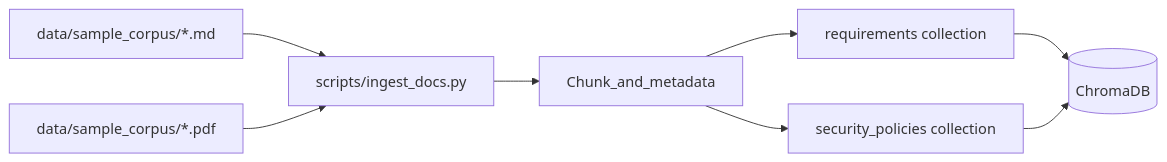
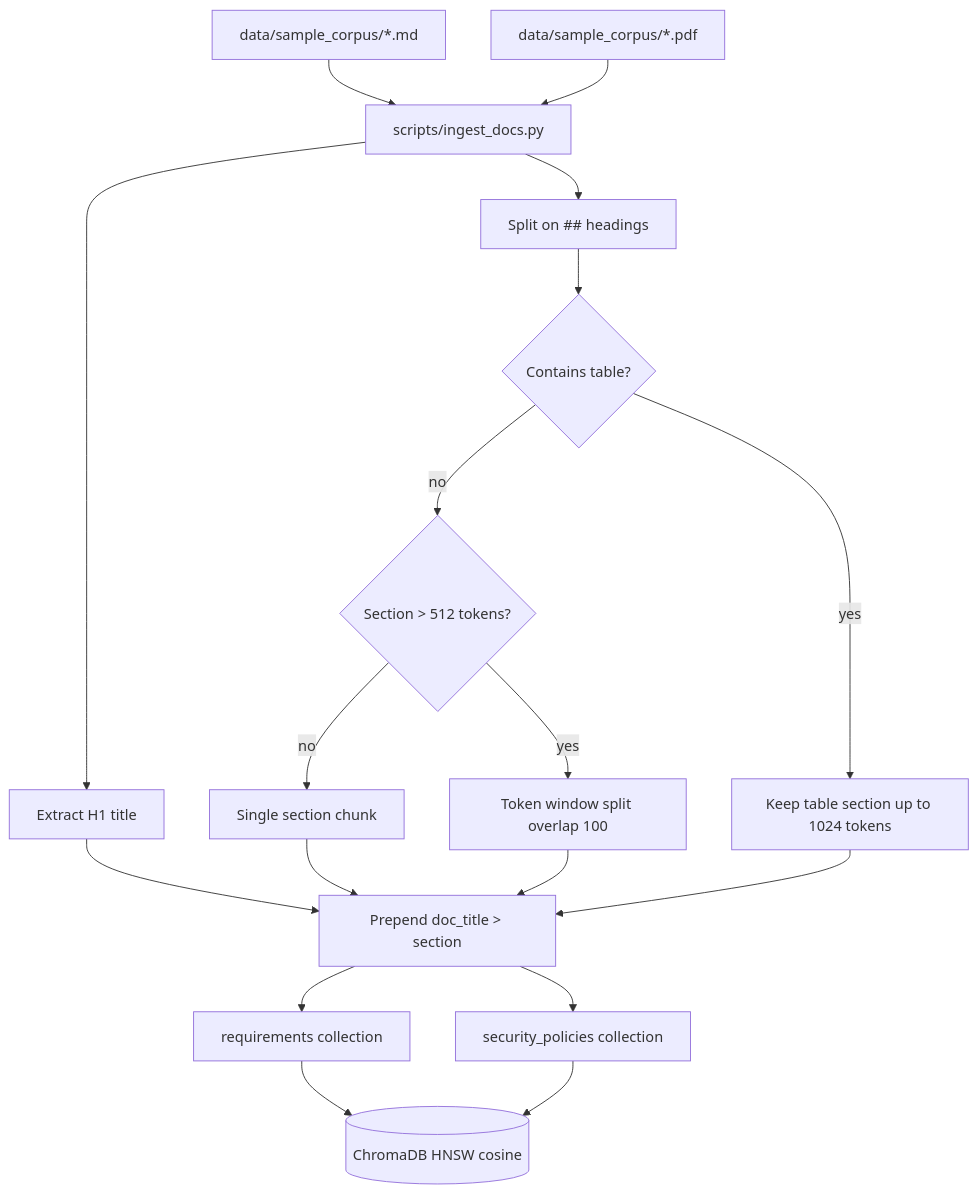
One commit to dwgupta/pr-governance-agent changed the sixth of 8 diagrams in docs/pr-governance-agent-architecture.md. Above: the diagram before and after it, drawn with Mermaid. The commit also changed other lines of this file and 20 other files, not shown here.

````diff
--- a/docs/pr-governance-agent-architecture.md
+++ b/docs/pr-governance-agent-architecture.md
@@ -200,18 +202,35 @@
 ```mermaid
-flowchart LR
+flowchart TD
   MD[data/sample_corpus/*.md]
   PDF[data/sample_corpus/*.pdf]
   INGEST[scripts/ingest_docs.py]
-  SPLIT[Chunk_and_metadata]
-  CHROMA[(ChromaDB)]
+  H1[Extract H1 title]
+  SPLIT[Split on ## headings]
+  CHECK{Section > 512 tokens?}
+  TABLE{Contains table?}
+  ATOMIC[Single section chunk]
+  FALLBACK[Token window split overlap 100]
+  TABLEKEEP[Keep table section up to 1024 tokens]
+  PREFIX[Prepend doc_title > section]
+  CHROMA[(ChromaDB HNSW cosine)]
   REQ[requirements collection]
   SEC[security_policies collection]
 
   MD --> INGEST
   PDF --> INGEST
+  INGEST --> H1
   INGEST --> SPLIT
-  SPLIT --> REQ
-  SPLIT --> SEC
+  SPLIT --> TABLE
+  TABLE -->|yes| TABLEKEEP
+  TABLE -->|no| CHECK
+  CHECK -->|no| ATOMIC
+  CHECK -->|yes| FALLBACK
+  H1 --> PREFIX
+  ATOMIC --> PREFIX
+  FALLBACK --> PREFIX
+  TABLEKEEP --> PREFIX
+  PREFIX --> REQ
+  PREFIX --> SEC
   REQ --> CHROMA
   SEC --> CHROMA
 ```
````
